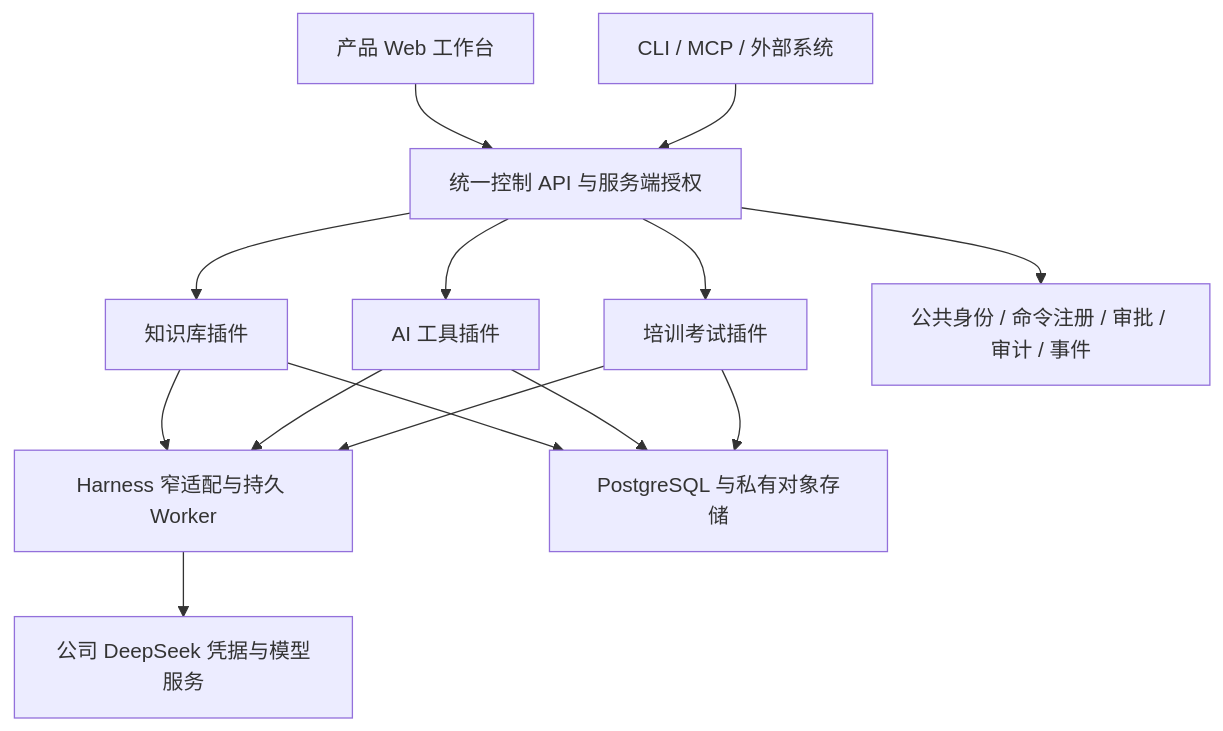
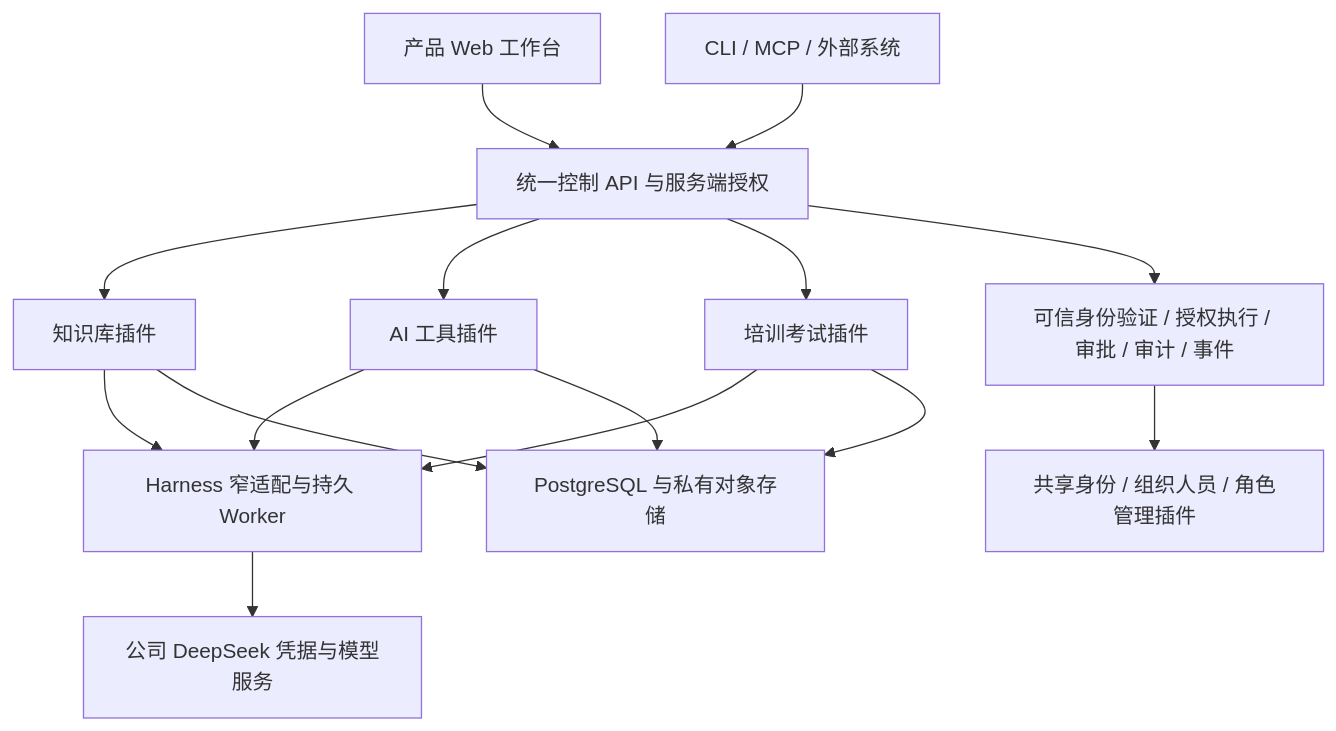
One commit to insanetoto/nuochong-page changed the diagram in docs/product/portfolio.md. Above: the diagram before and after it, drawn with Mermaid. The commit also changed other lines of this file and 15 other files, not shown here.

````diff
--- a/docs/product/portfolio.md
+++ b/docs/product/portfolio.md
@@ -23,16 +23,17 @@
 ```mermaid
 flowchart TB
  W[产品 Web 工作台] --> API[统一控制 API 与服务端授权]
  C[CLI / MCP / 外部系统] --> API
  API --> K[知识库插件]
  API --> T[AI 工具插件]
  API --> L[培训考试插件]
  K --> H[Harness 窄适配与持久 Worker]
  T --> H
  L --> H
- API --> P[公共身份 / 命令注册 / 审批 / 审计 / 事件]
+ API --> P[可信身份验证 / 授权执行 / 审批 / 审计 / 事件]
+ P --> O[共享身份 / 组织人员 / 角色管理插件]
  K --> DB[PostgreSQL 与私有对象存储]
  T --> DB
  L --> DB
  H --> D[公司 DeepSeek 凭据与模型服务]
 ```
````
